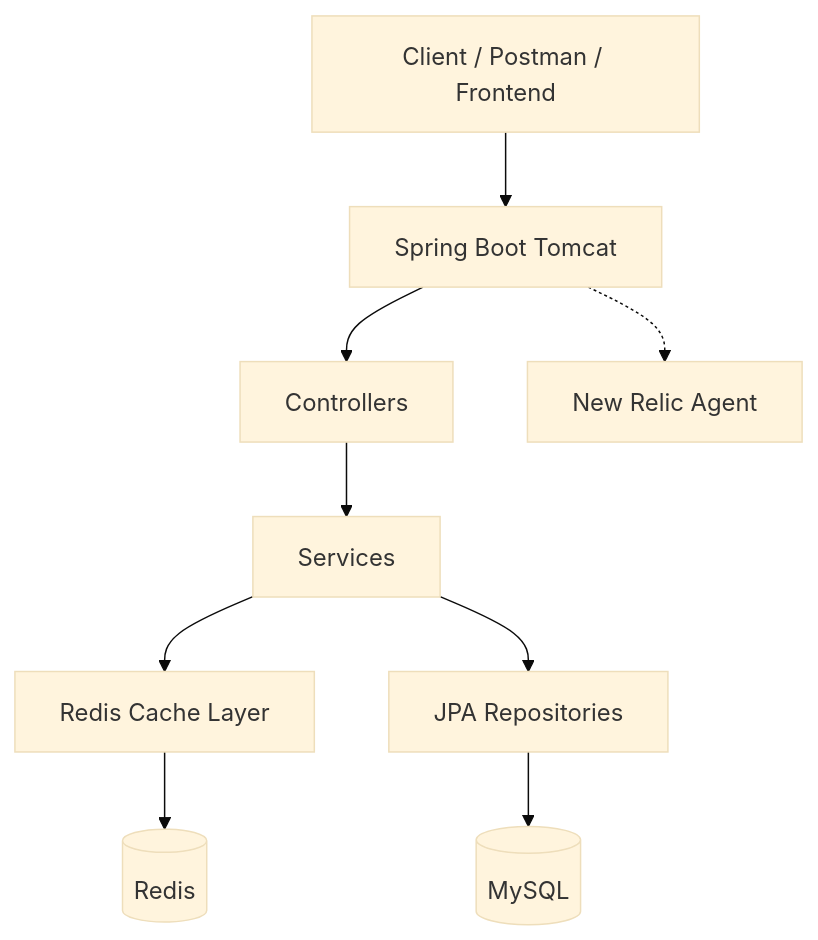
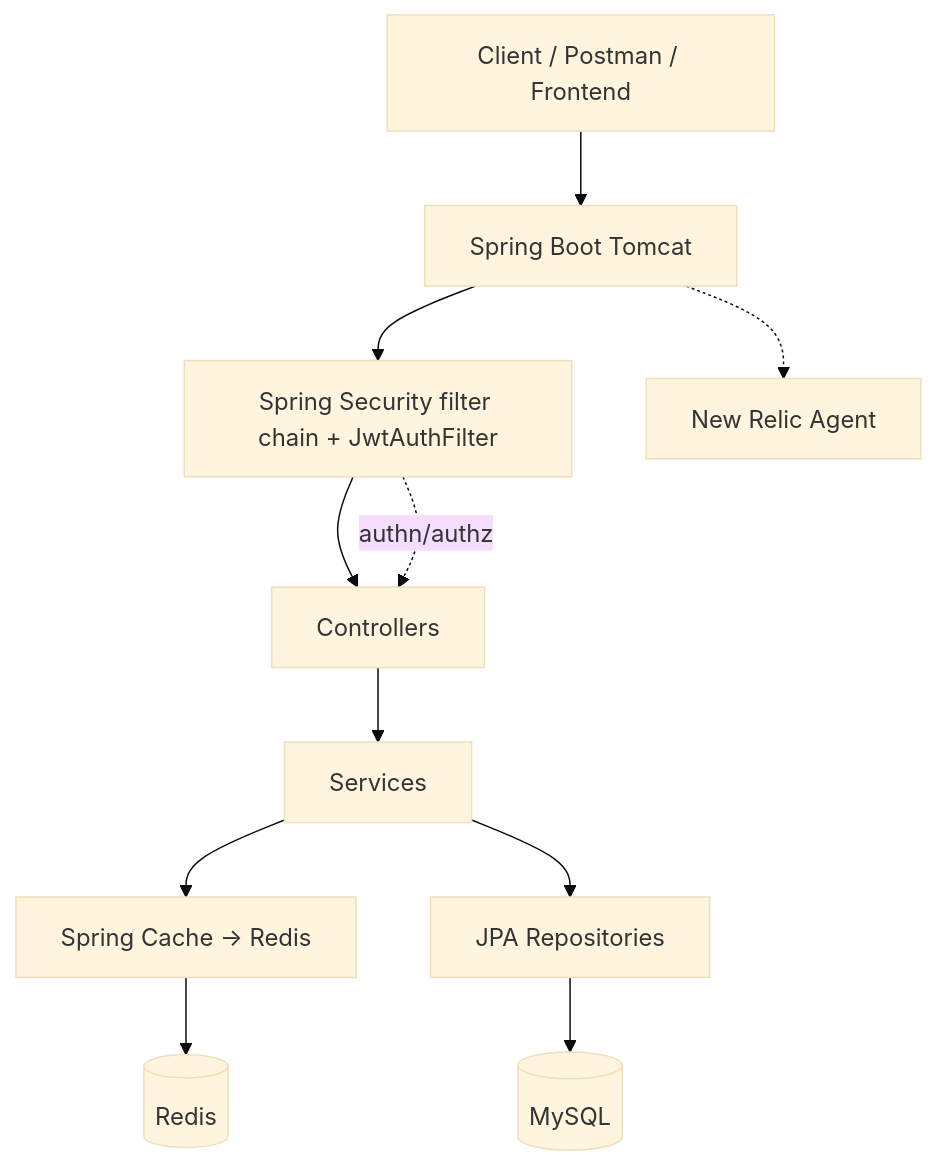
One commit to Priyank384/nexus-commerce changed the first of 4 diagrams in PROJECT_DOCUMENTATION.md. Above: the diagram before and after it, drawn with Mermaid (base theme). The commit also changed other lines of this file and 108 other files, not shown here.

First line of the commit message:
Add JWT auth, RBAC, admin surface, Redis caching, order snapshots (V5-V12)

````diff
--- a/PROJECT_DOCUMENTATION.md
+++ b/PROJECT_DOCUMENTATION.md
@@ -174,21 +193,19 @@
 ```mermaid
 flowchart TB
     Client[Client / Postman / Frontend]
     Tomcat[Spring Boot Tomcat]
+    Sec[Spring Security filter chain + JwtAuthFilter]
     Controller[Controllers]
     Service[Services]
-    Cache[Redis Cache Layer]
+    Cache[Spring Cache -> Redis]
     Repo[JPA Repositories]
     MySQL[(MySQL)]
     Redis[(Redis)]
     NR[New Relic Agent]
 
-    Client --> Tomcat
-    Tomcat --> Controller
-    Controller --> Service
-    Service --> Cache
-    Cache --> Redis
-    Service --> Repo
-    Repo --> MySQL
+    Client --> Tomcat --> Sec --> Controller --> Service
+    Service --> Cache --> Redis
+    Service --> Repo --> MySQL
+    Sec -. authn/authz .-> Controller
     Tomcat -.-> NR
 ```
````
